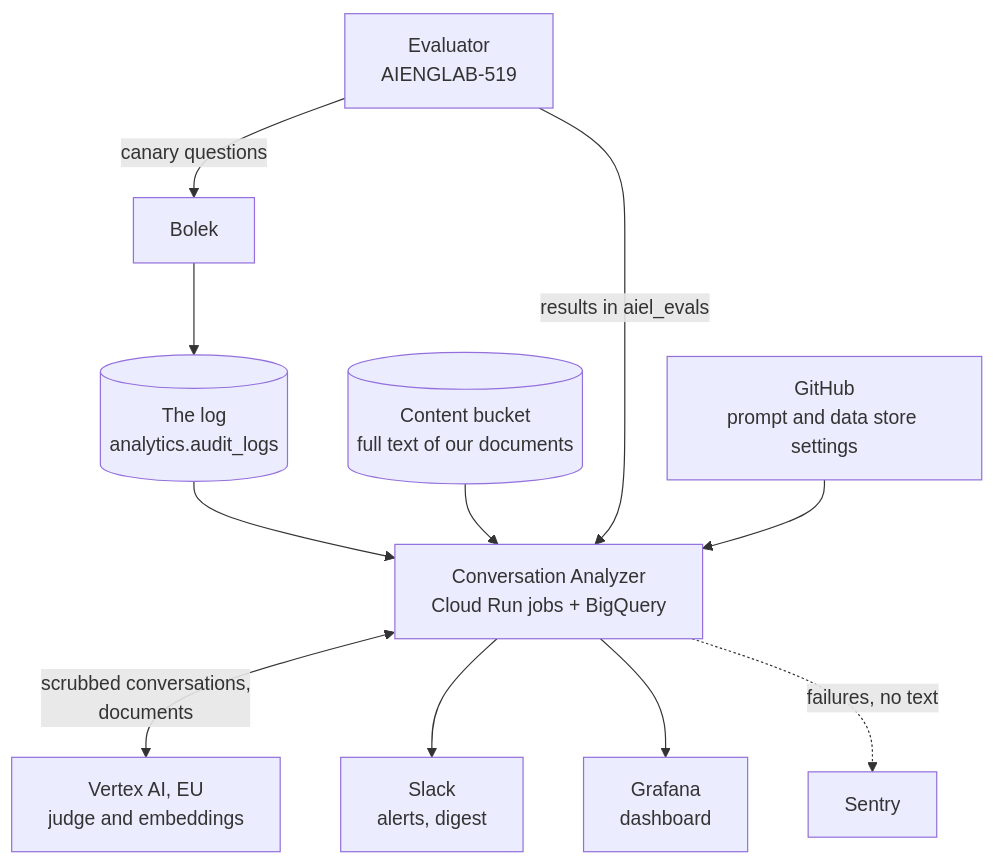
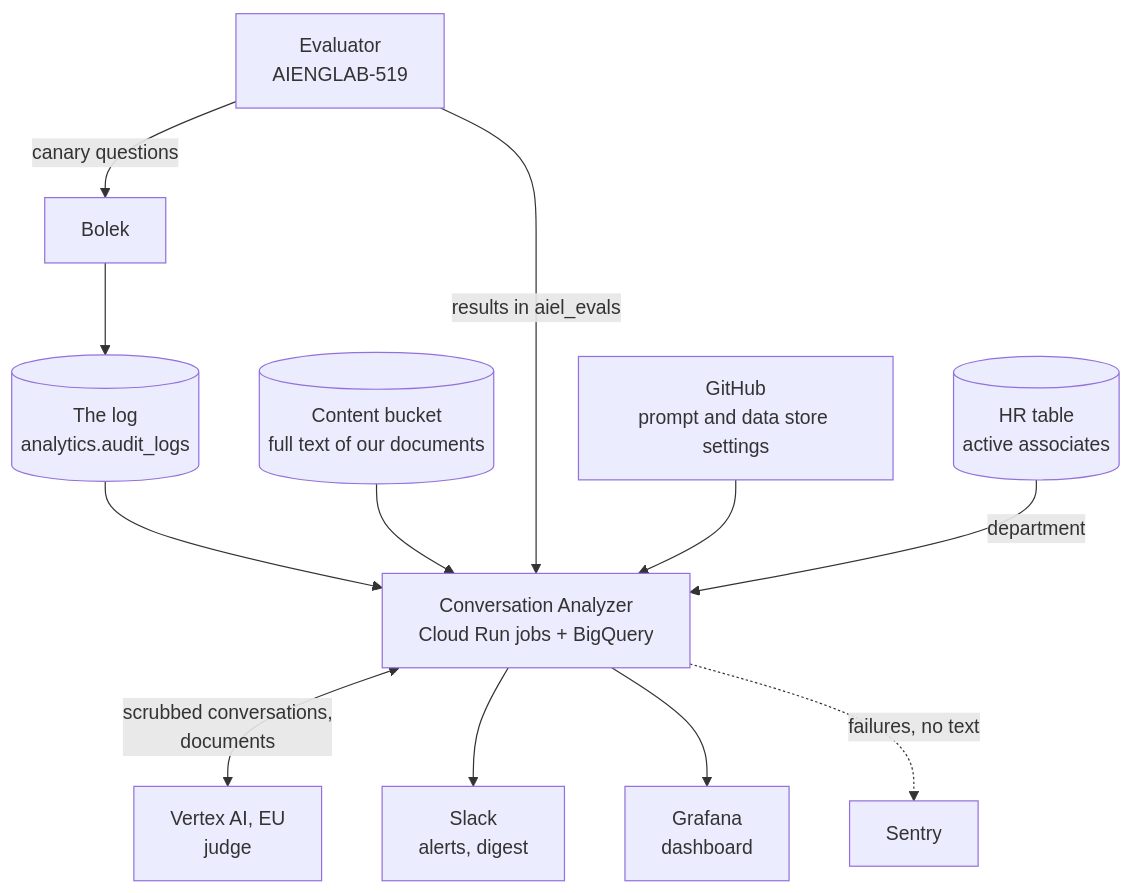
The tenth of 19 diagrams in design-doc.md (pborkowski-rtbh/conversation-analyzer), drawn with Mermaid before and after one commit. The commit also changed other lines of this file and 1 other file, not shown here.

````diff
--- a/design-doc.md
+++ b/design-doc.md
@@ -1161,13 +1165,14 @@
 ```mermaid
 flowchart TB
     BOLEK["Bolek"] --> LOG[("The log<br/>analytics.audit_logs")]
     EVAL["Evaluator<br/>AIENGLAB-519"] -->|"canary questions"| BOLEK
     LOG --> SYS["Conversation Analyzer<br/>Cloud Run jobs + BigQuery"]
     BUCKET[("Content bucket<br/>full text of our documents")] --> SYS
     EVAL -->|"results in aiel_evals"| SYS
     GH["GitHub<br/>prompt and data store settings"] --> SYS
-    SYS <-->|"scrubbed conversations,<br/>documents"| VX["Vertex AI, EU<br/>judge and embeddings"]
+    SYS <-->|"scrubbed conversations,<br/>documents"| VX["Vertex AI, EU<br/>judge"]
+    HR[("HR table<br/>active associates")] -->|"department"| SYS
     SYS --> SLACK["Slack<br/>alerts, digest"]
     SYS --> GRAFANA["Grafana<br/>dashboard"]
     SYS -.->|"failures, no text"| SENTRY["Sentry"]
 ```
````
